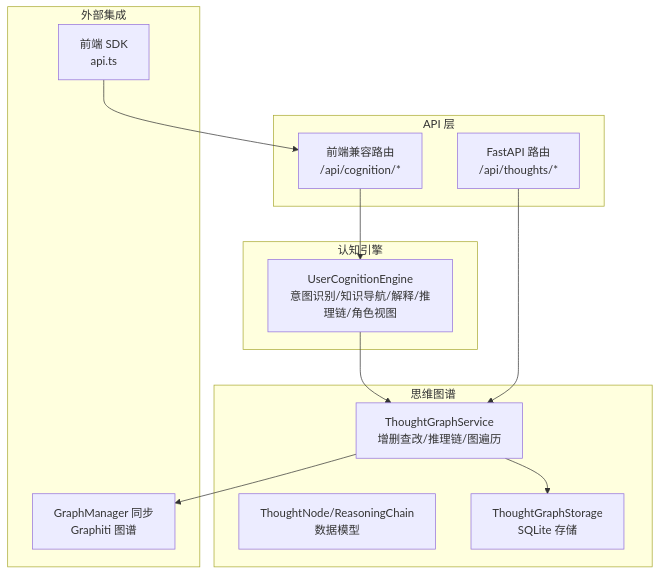
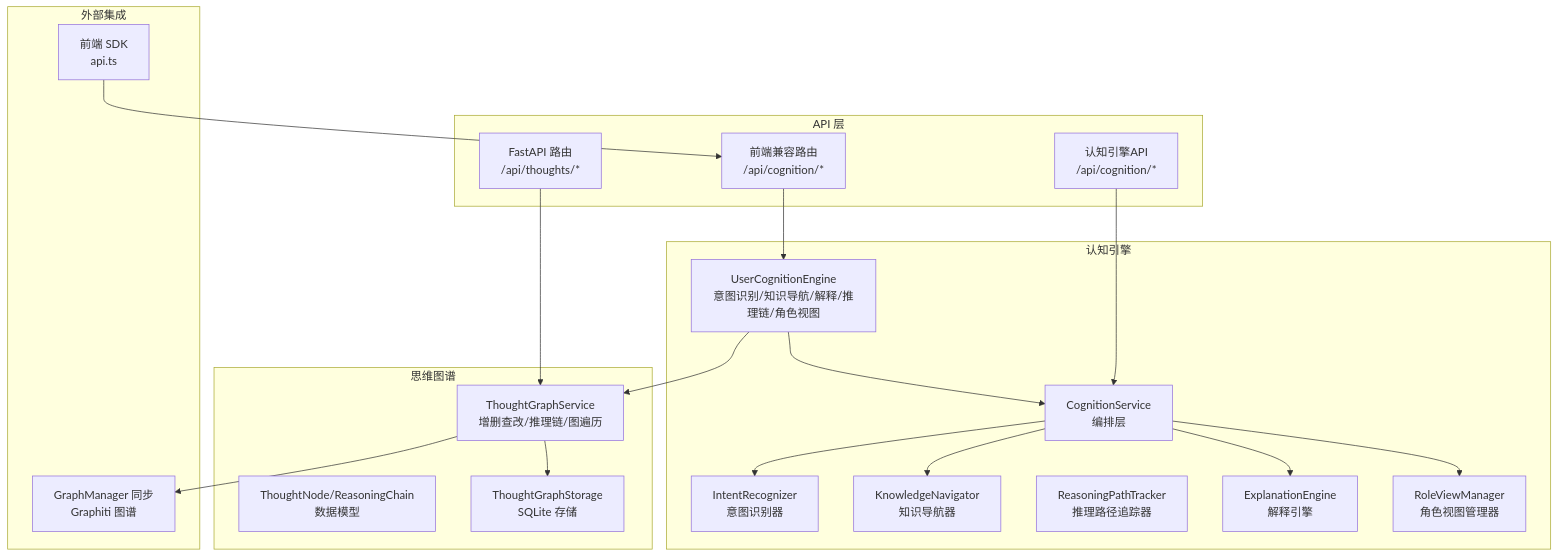
Before and after one commit to inier/ontology-graphiti: the first of 8 diagrams in .qoder/repowiki/zh/content/核心模块/核心领域模块/认知引擎.md, drawn with Mermaid. The commit also changed other lines of this file and 64 other files, not shown here.

````diff
--- a/.qoder/repowiki/zh/content/核心模块/核心领域模块/认知引擎.md
+++ b/.qoder/repowiki/zh/content/核心模块/核心领域模块/认知引擎.md
@@ -42,25 +53,38 @@
 ```mermaid
 graph TB
 subgraph "认知引擎"
 UCE["UserCognitionEngine<br/>意图识别/知识导航/解释/推理链/角色视图"]
+CR["IntentRecognizer<br/>意图识别器"]
+KN["KnowledgeNavigator<br/>知识导航器"]
+RE["ReasoningPathTracker<br/>推理路径追踪器"]
+EE["ExplanationEngine<br/>解释引擎"]
+RVM["RoleViewManager<br/>角色视图管理器"]
+CS["CognitionService<br/>编排层"]
 end
 subgraph "思维图谱"
 TGS["ThoughtGraphService<br/>增删查改/推理链/图遍历"]
 TGM["ThoughtNode/ReasoningChain<br/>数据模型"]
 TGSQL["ThoughtGraphStorage<br/>SQLite 存储"]
 end
 subgraph "API 层"
 API["FastAPI 路由<br/>/api/thoughts/*"]
+COGAPI["认知引擎API<br/>/api/cognition/*"]
 FECompat["前端兼容路由<br/>/api/cognition/*"]
 end
 subgraph "外部集成"
 Graphiti["GraphManager 同步<br/>Graphiti 图谱"]
 Frontend["前端 SDK<br/>api.ts"]
 end
+CS --> CR
+CS --> KN
+CS --> EE
+CS --> RVM
+UCE --> CS
 UCE --> TGS
 TGS --> TGSQL
 API --> TGS
+COGAPI --> CS
 FECompat --> UCE
 TGS --> Graphiti
 Frontend --> FECompat
 ```
````
